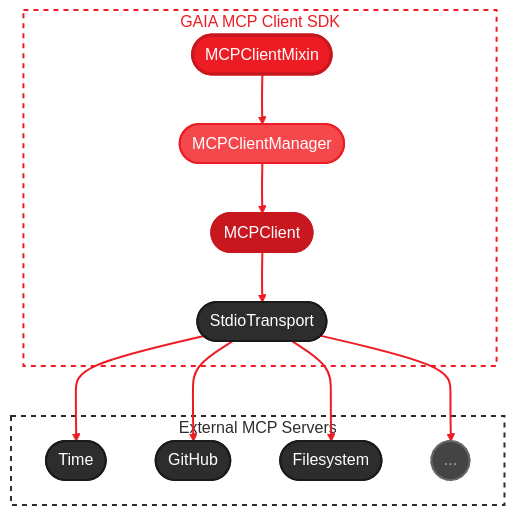
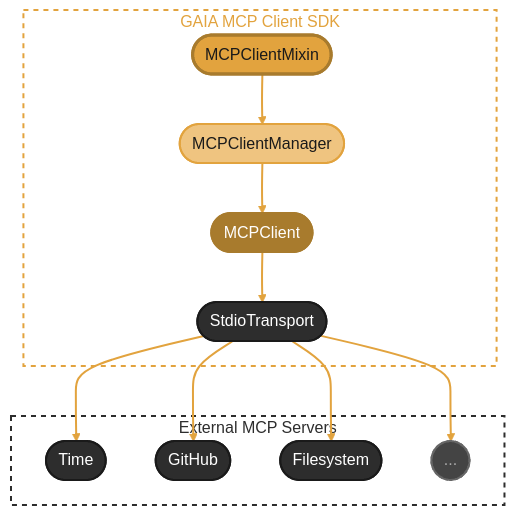
One commit to amd/gaia changed the first of 2 diagrams in docs/spec/mcp-client.mdx. Above: the diagram before and after it, drawn with Mermaid. The commit also changed 37 other files, not shown here.

````diff
--- a/docs/spec/mcp-client.mdx
+++ b/docs/spec/mcp-client.mdx
@@ -53,38 +53,38 @@
 ```mermaid
-%%{init: {'theme':'base', 'themeVariables': { 'primaryColor':'#ED1C24', 'primaryTextColor':'#fff', 'primaryBorderColor':'#C8171E', 'lineColor':'#ED1C24', 'secondaryColor':'#2d2d2d', 'tertiaryColor':'#f5f5f5', 'fontFamily': 'system-ui, -apple-system, sans-serif'}, 'flowchart': {'curve': 'basis'}}}%%
+%%{init: {'theme':'base', 'themeVariables': { 'primaryColor':'#E2A33E', 'primaryTextColor':'#1a1a1a', 'primaryBorderColor':'#A87B2D', 'lineColor':'#E2A33E', 'secondaryColor':'#2d2d2d', 'tertiaryColor':'#f5f5f5', 'fontFamily': 'system-ui, -apple-system, sans-serif'}, 'flowchart': {'curve': 'basis'}}}%%
 flowchart TB
     subgraph GA ["GAIA MCP Client SDK"]
         Mixin(["MCPClientMixin"])
         Manager(["MCPClientManager"])
         Client(["MCPClient"])
         Transport(["StdioTransport"])
     end
 
     subgraph ExtServers ["External MCP Servers"]
         Time(["Time"])
         GitHub(["GitHub"])
         FS(["Filesystem"])
         More(["..."])
     end
 
     Mixin --> Manager
     Manager --> Client
     Client --> Transport
     Transport --> Time
     Transport --> GitHub
     Transport --> FS
     Transport --> More
 
-    style Mixin fill:#ED1C24,stroke:#C8171E,stroke-width:3px,color:#fff
-    style Manager fill:#F4484D,stroke:#ED1C24,stroke-width:2px,color:#fff
-    style Client fill:#C8171E,stroke:#C8171E,stroke-width:2px,color:#fff
+    style Mixin fill:#E2A33E,stroke:#A87B2D,stroke-width:3px,color:#1a1a1a
+    style Manager fill:#EFC480,stroke:#E2A33E,stroke-width:2px,color:#1a1a1a
+    style Client fill:#A87B2D,stroke:#A87B2D,stroke-width:2px,color:#fff
     style Transport fill:#2d2d2d,stroke:#1a1a1a,stroke-width:2px,color:#fff
     style Time fill:#2d2d2d,stroke:#1a1a1a,stroke-width:2px,color:#fff
     style GitHub fill:#2d2d2d,stroke:#1a1a1a,stroke-width:2px,color:#fff
     style FS fill:#2d2d2d,stroke:#1a1a1a,stroke-width:2px,color:#fff
     style More fill:#444,stroke:#666,stroke-width:2px,color:#aaa,stroke-dasharray:3
-    style GA fill:none,stroke:#ED1C24,stroke-width:2px,stroke-dasharray:5,color:#ED1C24
+    style GA fill:none,stroke:#E2A33E,stroke-width:2px,stroke-dasharray:5,color:#E2A33E
     style ExtServers fill:none,stroke:#2d2d2d,stroke-width:2px,stroke-dasharray:5,color:#2d2d2d
 
-    linkStyle default stroke:#ED1C24,stroke-width:2px
+    linkStyle default stroke:#E2A33E,stroke-width:2px
 ```
````
